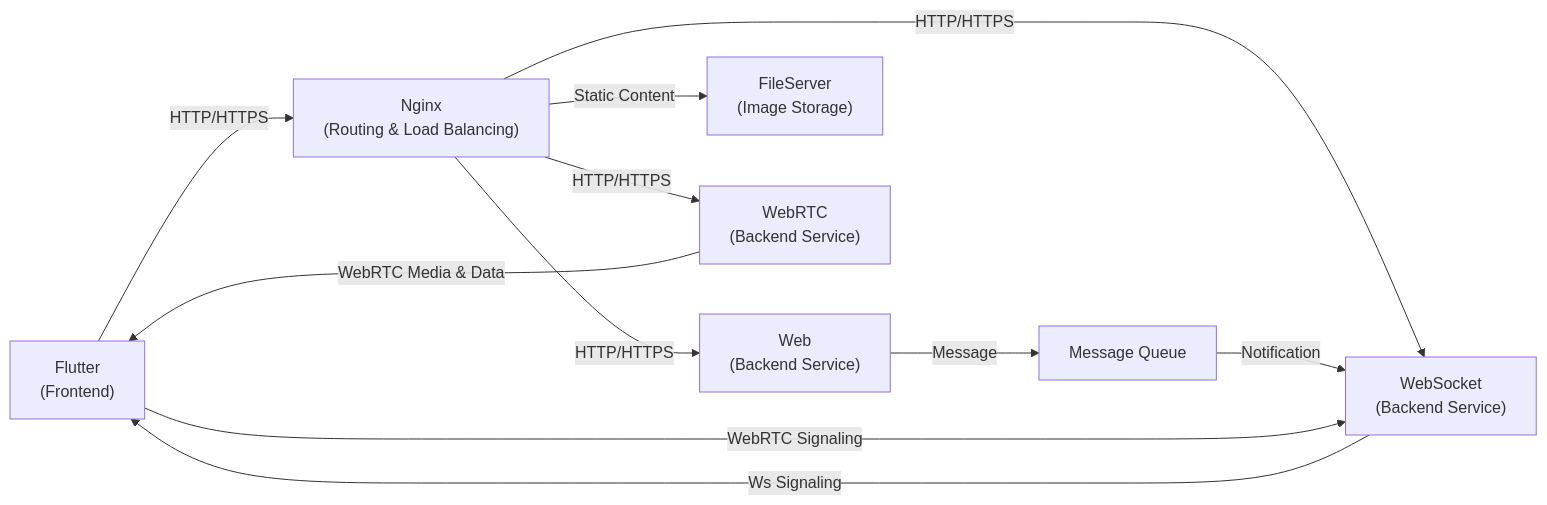
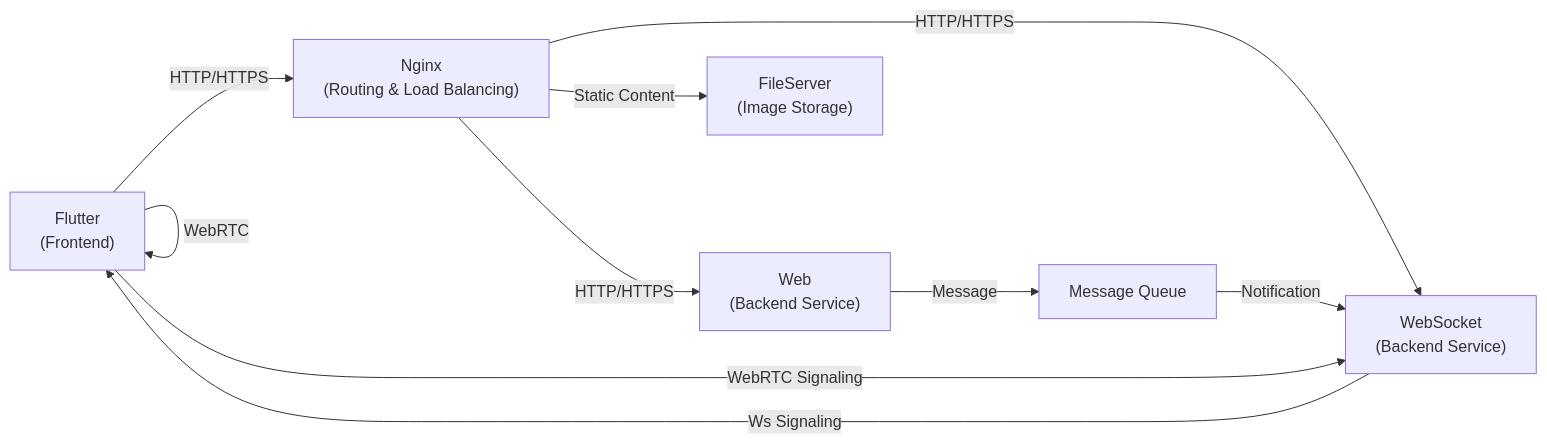
One commit to rickylin614/im changed the first of 3 diagrams in README.md. Above: the diagram before and after it, drawn with Mermaid.

Commit message:
docs: 修正流程圖

````diff
--- a/README.md
+++ b/README.md
@@ -10,13 +10,12 @@
 ```mermaid
 graph LR
     Flutter["Flutter<br>(Frontend)"] -->|HTTP/HTTPS| Nginx["Nginx<br>(Routing & Load Balancing)"]
     Nginx -->|HTTP/HTTPS| Web["Web<br>(Backend Service)"]
     Nginx -->|HTTP/HTTPS| WebSocket["WebSocket<br>(Backend Service)"]
     Nginx -->|Static Content| FileServer["FileServer<br>(Image Storage)"]
-    Nginx -->|HTTP/HTTPS| WebRTC["WebRTC<br>(Backend Service)"]
+    Flutter -->|WebRTC| Flutter
     Web -->|Message| Queue[Message Queue]
     Queue -->|Notification| WebSocket
     WebSocket -->|Ws Signaling| Flutter
     Flutter -->|WebRTC Signaling| WebSocket
-    WebRTC -->|WebRTC Media & Data| Flutter
 ```
````
